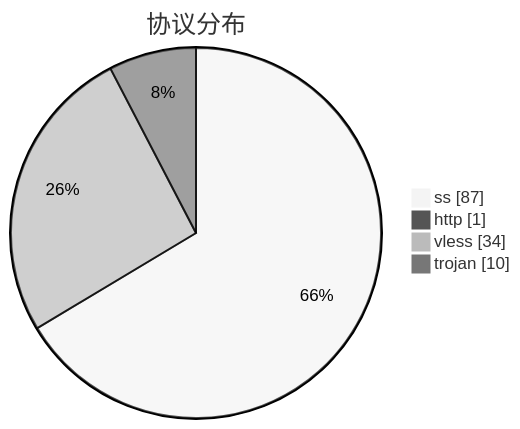
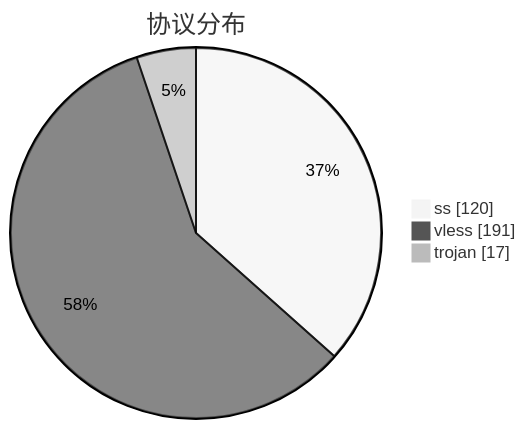
The third of 3 diagrams in subs/statistics/tested_within.md (qjlxg/airport), drawn with Mermaid (neutral theme) before and after one commit. The commit also changed other lines of this file and 2 other files, not shown here.

````diff
--- a/subs/statistics/tested_within.md
+++ b/subs/statistics/tested_within.md
@@ -16,8 +18,7 @@
 ```mermaid
 pie showData
 title 协议分布
-"ss" : 87
-"http" : 1
-"vless" : 34
-"trojan" : 10
+"ss" : 120
+"vless" : 191
+"trojan" : 17
 ```
````
